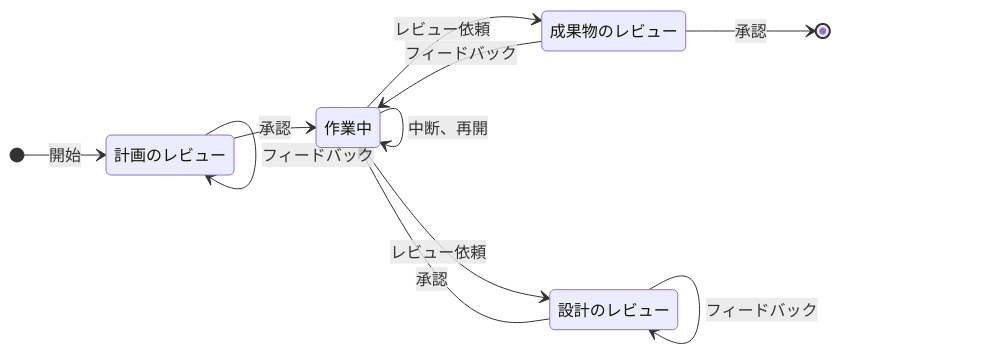
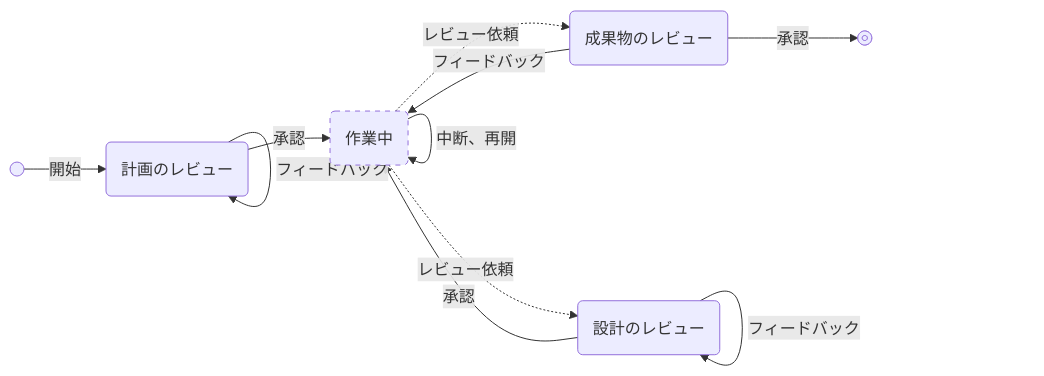
The diagram in rn/README.md (lovaizu/ccpm), drawn with Mermaid before and after one commit. The commit also changed other lines of this file, not shown here.

Commit message:
docs(rn): README — session diagram draws what rn does dotted, what you do solid

````diff
--- a/rn/README.md
+++ b/rn/README.md
@@ -22,19 +22,22 @@
 ```mermaid
-stateDiagram-v2
-    direction LR
-    state "計画のレビュー" as Plan
-    state "作業中" as Work
-    state "設計のレビュー" as Design
-    state "成果物のレビュー" as Deliverable
+flowchart LR
+    S@{ shape: sm-circ }
+    Plan("計画のレビュー")
+    Work("作業中")
+    Design("設計のレビュー")
+    Deliverable("成果物のレビュー")
+    E@{ shape: fr-circ }
 
-    [*] --> Plan: 開始
-    Plan --> Plan: フィードバック
-    Plan --> Work: 承認
-    Work --> Work: 中断、再開
-    Work --> Design: レビュー依頼
-    Work --> Deliverable: レビュー依頼
-    Design --> Design: フィードバック
-    Design --> Work: 承認
-    Deliverable --> Work: フィードバック
-    Deliverable --> [*]: 承認
+    S -->|開始| Plan
+    Plan -->|フィードバック| Plan
+    Plan -->|承認| Work
+    Work -->|中断、再開| Work
+    Work -.->|レビュー依頼| Design
+    Work -.->|レビュー依頼| Deliverable
+    Design -->|フィードバック| Design
+    Design -->|承認| Work
+    Deliverable -->|フィードバック| Work
+    Deliverable -->|承認| E
+
+    style Work stroke-dasharray: 5 5
 ```
````
